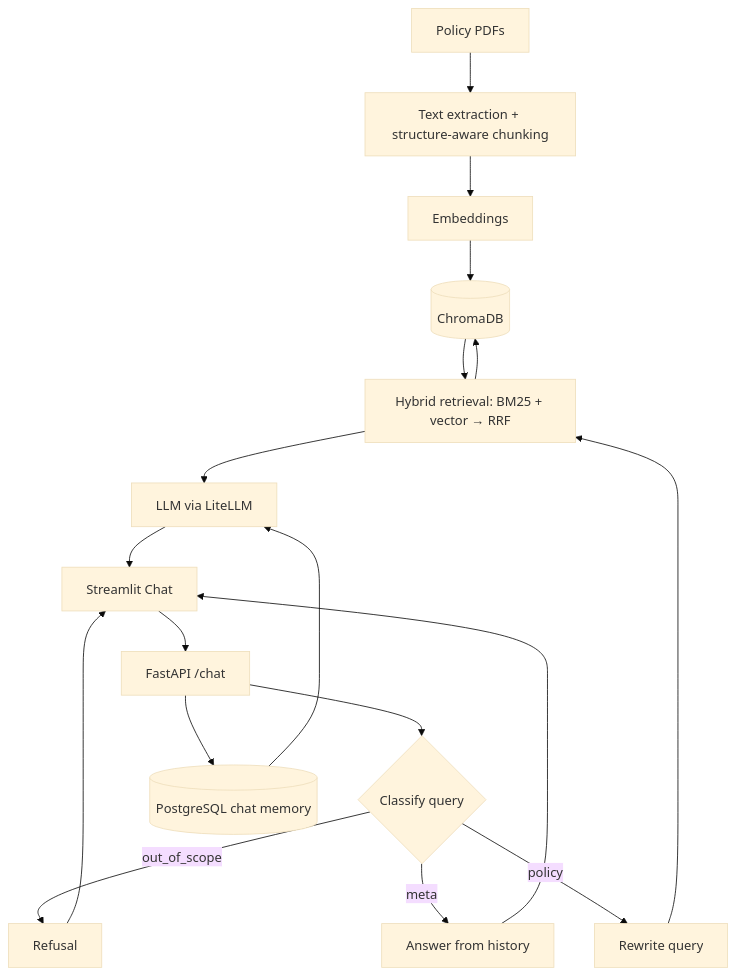
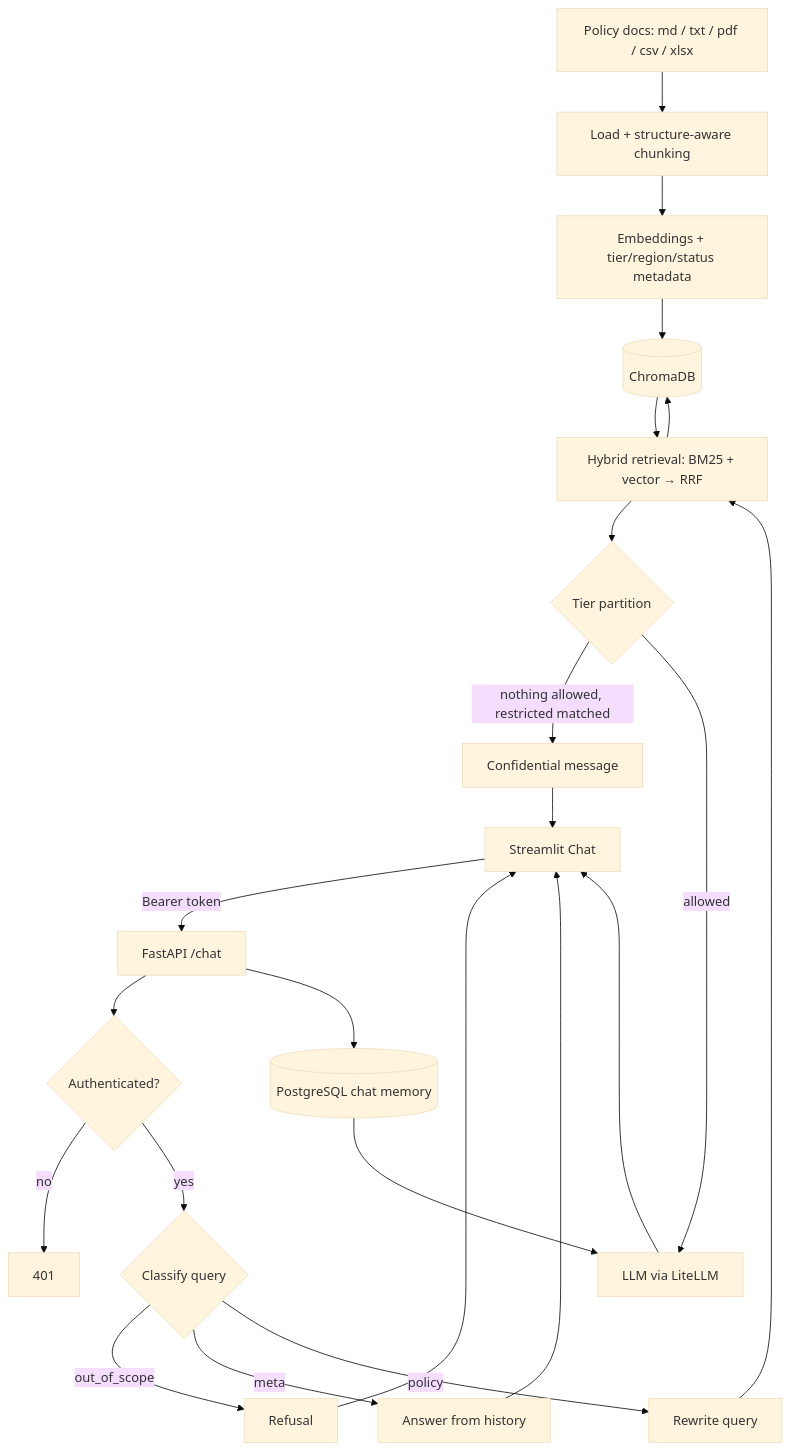
The diagram in README.md (HardityaGhuman/aria), drawn with Mermaid (base theme) before and after one commit. The commit also changed other lines of this file and 2 other files, not shown here.

Commit message:
docs: refresh README/PROGRESS for 3-tier RBAC, region, multi-format corpus; track PROGRESS

````diff
--- a/README.md
+++ b/README.md
@@ -63,20 +109,25 @@
 ```mermaid
 flowchart TD
-    A[Policy PDFs] --> B[Text extraction + structure-aware chunking]
-    B --> C[Embeddings]
+    A[Policy docs: md / txt / pdf / csv / xlsx] --> B[Load + structure-aware chunking]
+    B --> C[Embeddings + tier/region/status metadata]
     C --> D[(ChromaDB)]
 
-    E[Streamlit Chat] --> F[FastAPI /chat]
-    F --> R{Classify query}
+    E[Streamlit Chat] -->|Bearer token| F[FastAPI /chat]
+    F --> G{Authenticated?}
+    G -->|no| U[401]
+    G -->|yes| R{Classify query}
     R -->|out_of_scope| X[Refusal]
     R -->|meta| M[Answer from history]
     R -->|policy| Q[Rewrite query] --> H[Hybrid retrieval: BM25 + vector → RRF]
     H --> D
     D --> H
+    H --> PT{Tier partition}
+    PT -->|nothing allowed, restricted matched| CF[Confidential message]
+    PT -->|allowed| L[LLM via LiteLLM]
     F --> P[(PostgreSQL chat memory)]
-    H --> L[LLM via LiteLLM]
     P --> L
     L --> E
     M --> E
     X --> E
+    CF --> E
 ```
````
